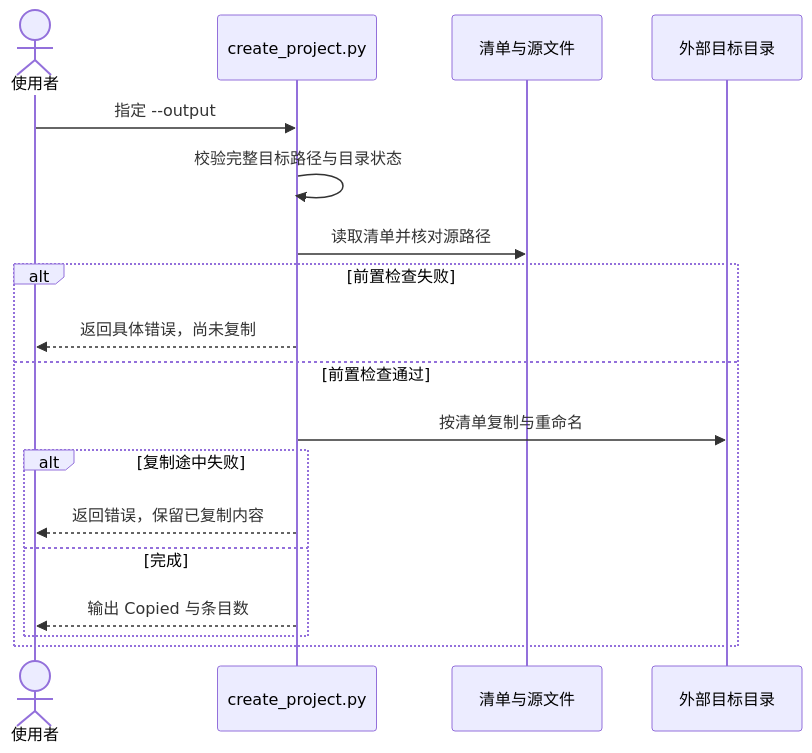
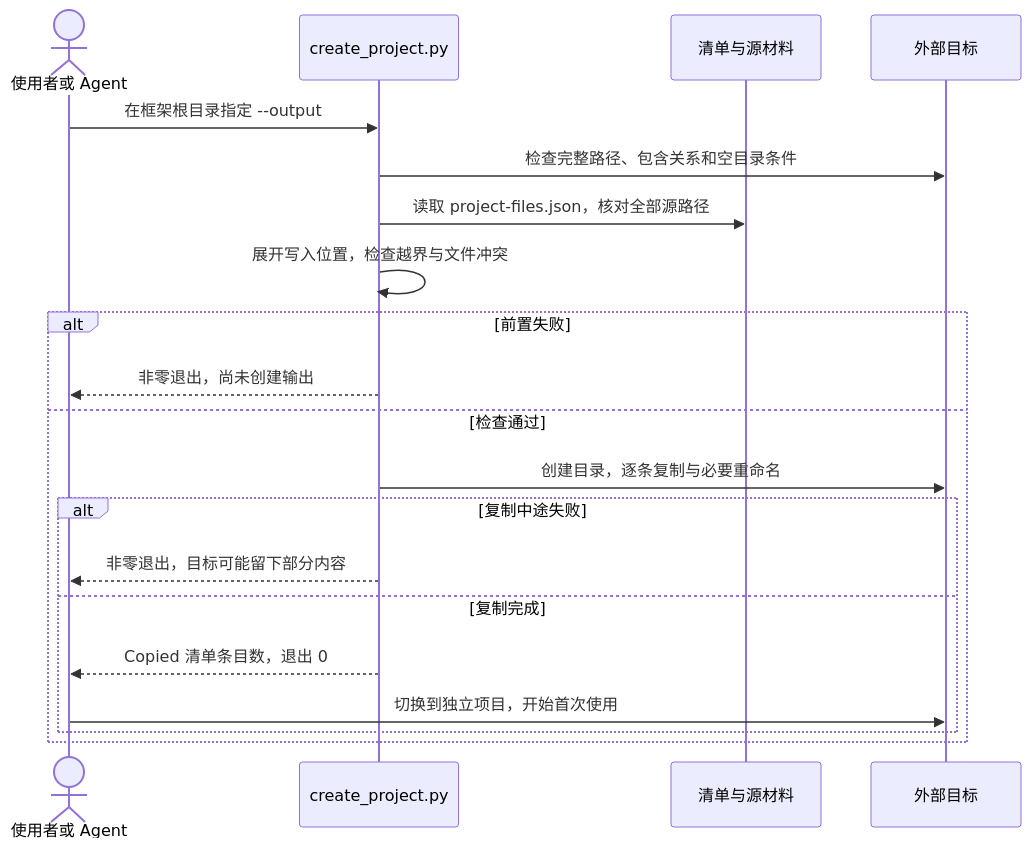
Before and after one commit to yxy823/Game_idle_yaya_frame: the diagram in framework/docs/blank-project/getting-started/create-project.md, drawn with Mermaid. The commit also changed other lines of this file and 14 other files, not shown here.

First line of the commit message:
docs(handbook): 重组正式使用手册并补齐流程与验证图示

````diff
--- a/framework/docs/blank-project/getting-started/create-project.md
+++ b/framework/docs/blank-project/getting-started/create-project.md
@@ -38,20 +9,22 @@
 ```mermaid
 sequenceDiagram
-    actor U as 使用者
+    actor U as 使用者或 Agent
     participant C as create_project.py
-    participant S as 清单与源文件
-    participant P as 外部目标目录
-    U->>C: 指定 --output
-    C->>C: 校验完整目标路径与目录状态
-    C->>S: 读取清单并核对源路径
-    alt 前置检查失败
-        C-->>U: 返回具体错误，尚未复制
-    else 前置检查通过
-        C->>P: 按清单复制与重命名
-        alt 复制途中失败
-            C-->>U: 返回错误，保留已复制内容
-        else 完成
-            C-->>U: 输出 Copied 与条目数
+    participant S as 清单与源材料
+    participant T as 外部目标
+    U->>C: 在框架根目录指定 --output
+    C->>T: 检查完整路径、包含关系和空目录条件
+    C->>S: 读取 project-files.json，核对全部源路径
+    C->>C: 展开写入位置，检查越界与文件冲突
+    alt 前置失败
+        C-->>U: 非零退出，尚未创建输出
+    else 检查通过
+        C->>T: 创建目录，逐条复制与必要重命名
+        alt 复制中途失败
+            C-->>U: 非零退出，目标可能留下部分内容
+        else 复制完成
+            C-->>U: Copied 清单条目数，退出 0
+            U->>T: 切换到独立项目，开始首次使用
         end
     end
 ```
````
